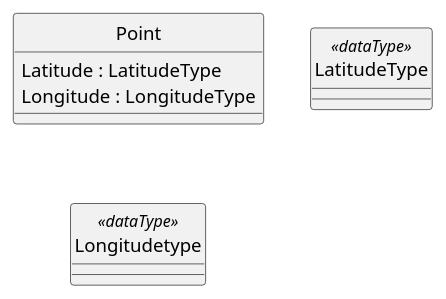
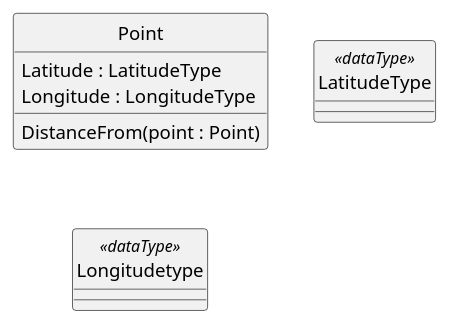
Before and after one commit to Charles1625/crop-production-ontology: the diagram in uml/point.puml, drawn with PlantUML. The commit also changed 2 other files, not shown here.

Commit message:
DistanceFrom added

```diff
--- a/uml/point.puml
+++ b/uml/point.puml
@@ -1,9 +1,10 @@
 @startuml
 hide circle
 class Point {
   Latitude : LatitudeType
   Longitude : LongitudeType
+  DistanceFrom(point : Point)
 }
 class LatitudeType <<dataType>>
 class Longitudetype <<dataType>>
 @enduml
```
